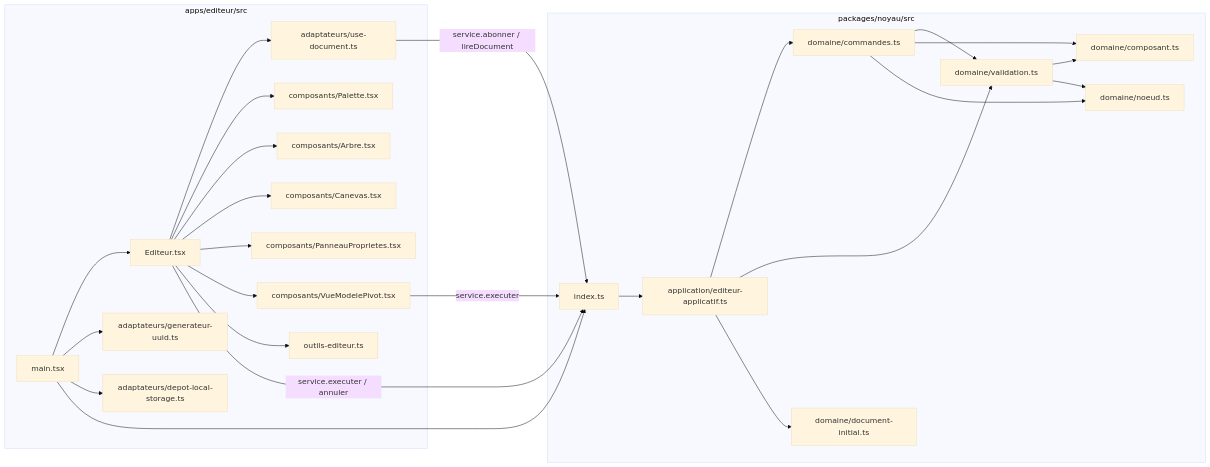
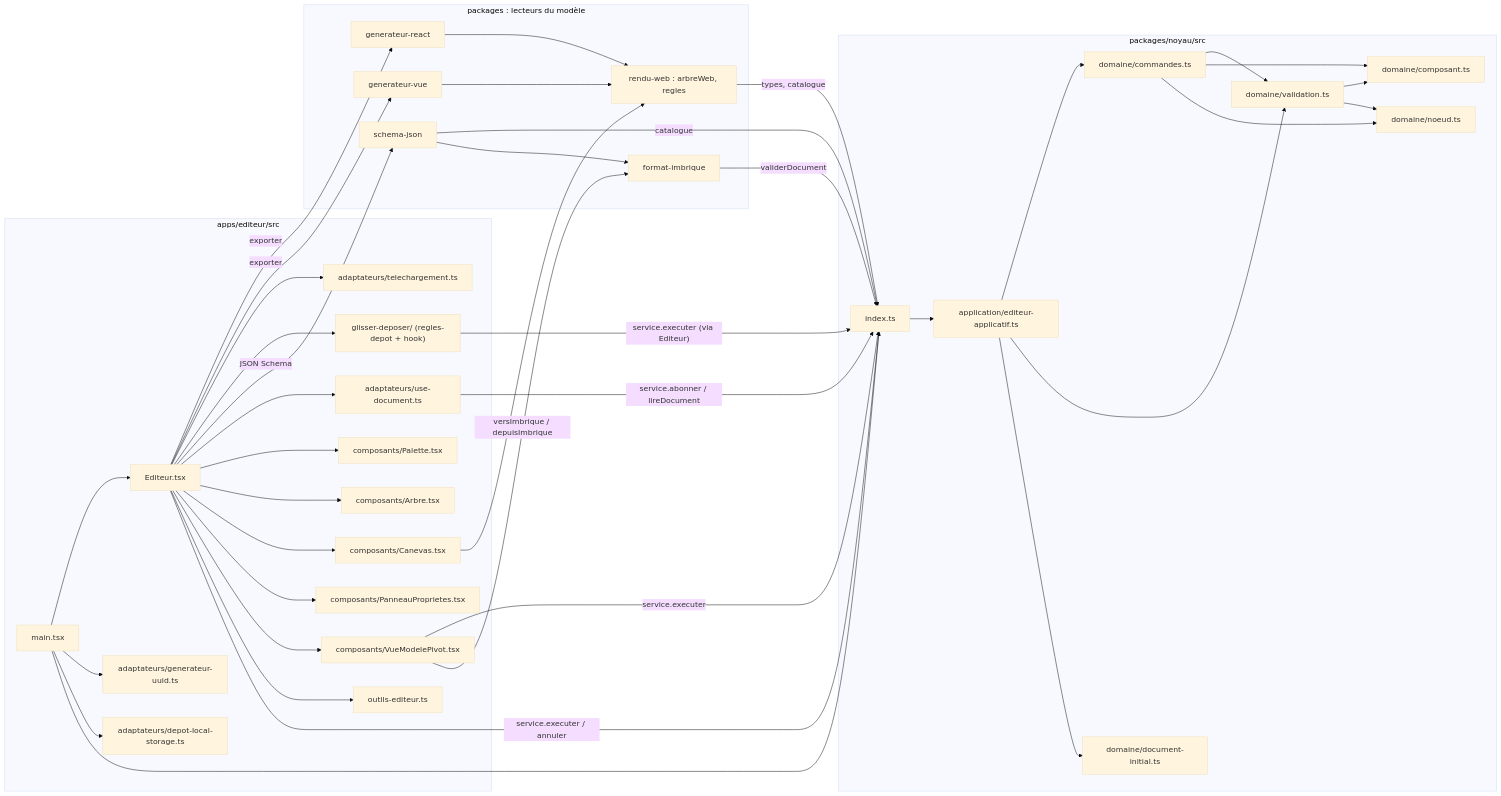
One commit to JuveHeydene/PivotCode changed the diagram in docs/reference/04-fonctionnement-des-fonctionnalites.md. Above: the diagram before and after it, drawn with Mermaid (base theme). The commit also changed other lines of this file and 249 other files, not shown here.

````diff
--- a/docs/reference/04-fonctionnement-des-fonctionnalites.md
+++ b/docs/reference/04-fonctionnement-des-fonctionnalites.md
@@ -37,34 +43,55 @@
 ```mermaid
 flowchart LR
     subgraph EDITEUR["apps/editeur/src"]
         main["main.tsx"]
         Ed["Editeur.tsx"]
         Pal["composants/Palette.tsx"]
         Arb["composants/Arbre.tsx"]
         Can["composants/Canevas.tsx"]
         PP["composants/PanneauProprietes.tsx"]
         VMP["composants/VueModelePivot.tsx"]
         out["outils-editeur.ts"]
         hook["adaptateurs/use-document.ts"]
         uuid["adaptateurs/generateur-uuid.ts"]
         ls["adaptateurs/depot-local-storage.ts"]
+        tel["adaptateurs/telechargement.ts"]
+        gd["glisser-deposer/ (regles-depot + hook)"]
+    end
+    subgraph LECTEURS["packages : lecteurs du modèle"]
+        rw["rendu-web : arbreWeb, regles"]
+        gr["generateur-react"]
+        gv["generateur-vue"]
+        sj["schema-json"]
+        fi["format-imbrique"]
     end
     subgraph NOYAU["packages/noyau/src"]
         idx["index.ts"]
         EA["application/editeur-applicatif.ts"]
         cmd["domaine/commandes.ts"]
         val["domaine/validation.ts"]
         comp["domaine/composant.ts"]
         init["domaine/document-initial.ts"]
         nd["domaine/noeud.ts"]
     end
     main --> Ed & uuid & ls & idx
+    Can --> rw
+    Ed -- "exporter" --> gr & gv
+    Ed --> tel
+    gr & gv --> rw
+    rw -- "types, catalogue" --> idx
+    Ed --> gd
+    gd -- "service.executer (via Editeur)" --> idx
+    Ed -- "JSON Schema" --> sj
+    sj -- "catalogue" --> idx
     Ed --> hook & Pal & Arb & Can & PP & VMP & out
     VMP -- "service.executer" --> idx
+    VMP -- "versImbrique / depuisImbrique" --> fi
+    fi -- "validerDocument" --> idx
+    sj --> fi
     Ed -- "service.executer / annuler" --> idx
     hook -- "service.abonner / lireDocument" --> idx
     idx --> EA
     EA --> cmd & val & init
     cmd --> val & comp & nd
     val --> comp & nd
 ```
````
